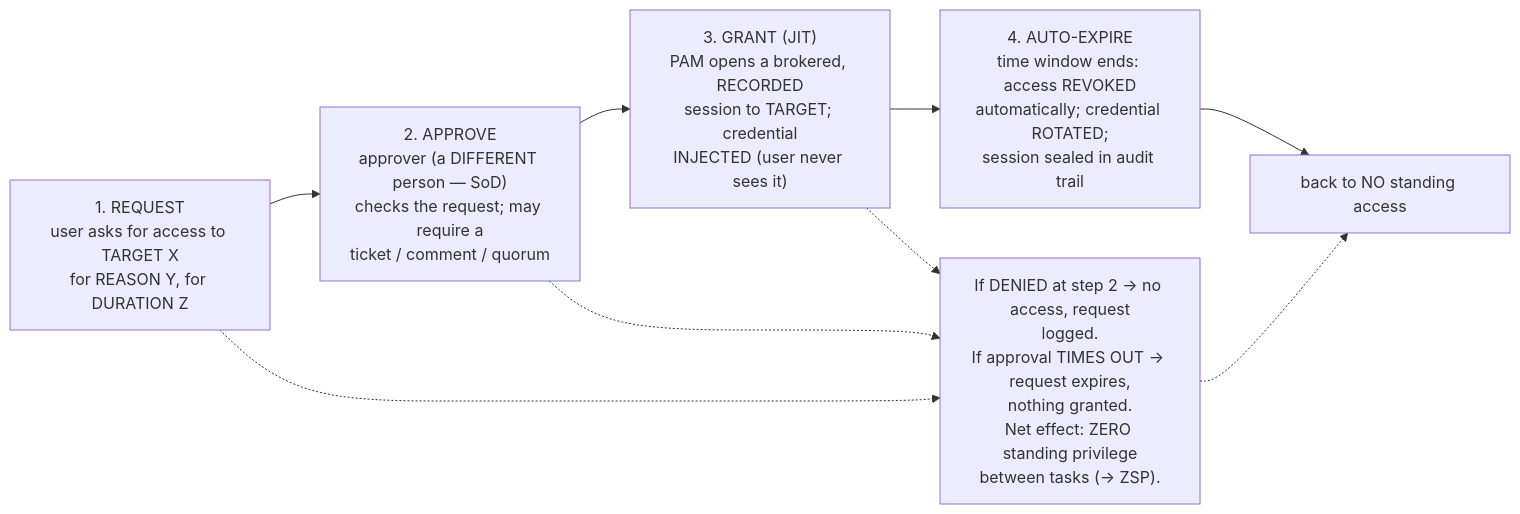
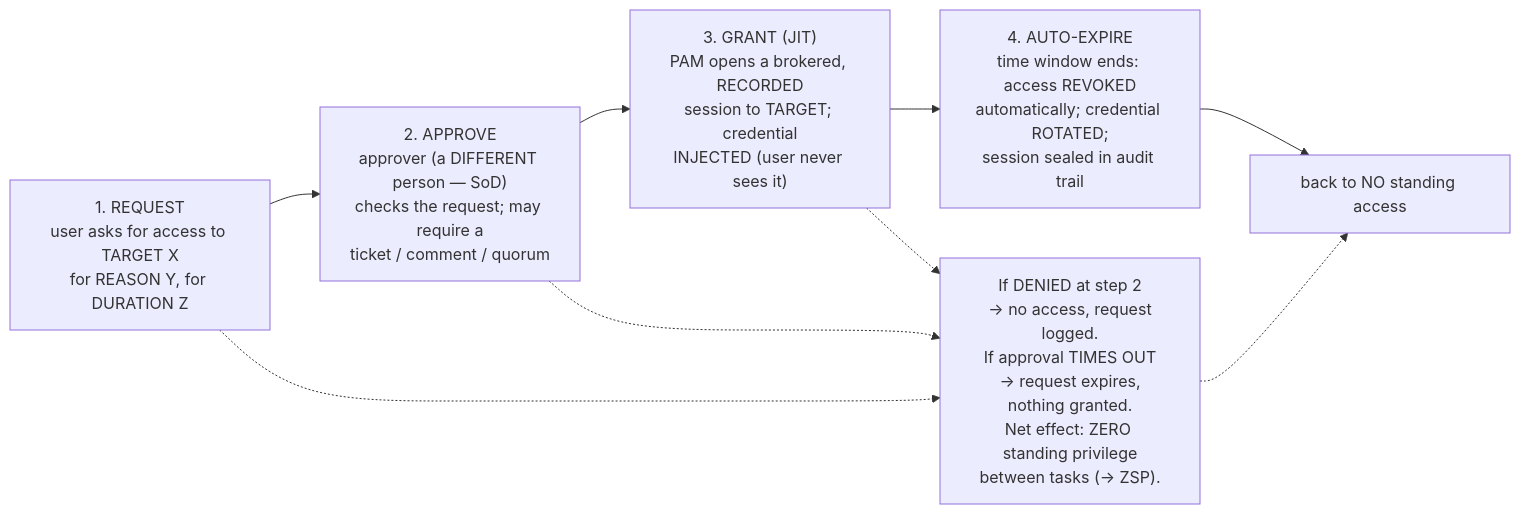
The second of 3 diagrams in foundations/core-concepts-least-privilege-jit-zero-trust.md (morandeirachema/WallixCerts), drawn with Mermaid before and after one commit. The commit also changed 35 other files, not shown here.

First line of the commit message:
Tidy Mermaid boxes: balanced wrapping at a narrower width (36)

````diff
--- a/foundations/core-concepts-least-privilege-jit-zero-trust.md
+++ b/foundations/core-concepts-least-privilege-jit-zero-trust.md
@@ -173,14 +173,14 @@
 ```mermaid
 flowchart LR
     R["1. REQUEST<br/>user asks for access to TARGET X<br/>for REASON Y, for DURATION Z"]
     A["2. APPROVE<br/>approver (a DIFFERENT person — SoD)<br/>checks the request; may require a<br/>ticket / comment / quorum"]
     G["3. GRANT (JIT)<br/>PAM opens a brokered, RECORDED<br/>session to TARGET; credential<br/>INJECTED (user never sees it)"]
     E["4. AUTO-EXPIRE<br/>time window ends: access REVOKED<br/>automatically; credential ROTATED;<br/>session sealed in audit trail"]
     R --> A --> G --> E
-    Notes["If DENIED at step 2 → no access, request<br/>logged.<br/>If approval TIMES OUT → request expires,<br/>nothing granted.<br/>Net effect: ZERO standing privilege<br/>between tasks (→ ZSP)."]
+    Notes["If DENIED at step 2<br/>→ no access, request<br/>logged.<br/>If approval TIMES OUT<br/>→ request expires,<br/>nothing granted.<br/>Net effect: ZERO standing privilege<br/>between tasks (→ ZSP)."]
     R -.-> Notes
     A -.-> Notes
     G -.-> Notes
     E --> Back["back to NO standing access"]
     Notes -.-> Back
 ```
````
